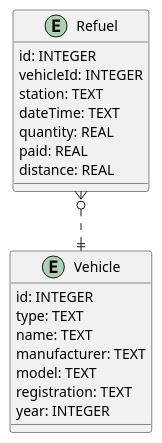
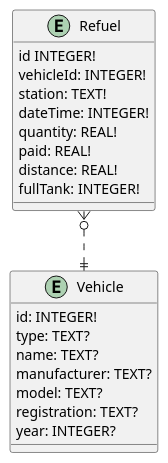
One commit to Dentsor/MotoLog changed the diagram in docs/diagrams/database.puml. Above: the diagram before and after it, drawn with PlantUML. The commit also changed 4 other files, not shown here.

First line of the commit message:
Implement full tank boolean for refuel

```diff
--- a/docs/diagrams/database.puml
+++ b/docs/diagrams/database.puml
@@ -1,30 +1,31 @@
 @startuml 'database_schema
 
 ' Zero or One:  |o--
 ' Exactly One:  ||--
 ' Zero or Many: }o--
 ' One or Many:  }|--
 
 entity Vehicle {
-  id: INTEGER
-  type: TEXT
-  name: TEXT
-  manufacturer: TEXT
-  model: TEXT
-  registration: TEXT
-  year: INTEGER
+  id: INTEGER!
+  type: TEXT?
+  name: TEXT?
+  manufacturer: TEXT?
+  model: TEXT?
+  registration: TEXT?
+  year: INTEGER?
 }
 
 entity Refuel {
-  id: INTEGER
-  vehicleId: INTEGER
-  station: TEXT
-  dateTime: TEXT
-  quantity: REAL
-  paid: REAL
-  distance: REAL
+  id INTEGER!
+  vehicleId: INTEGER!
+  station: TEXT!
+  dateTime: INTEGER!
+  quantity: REAL!
+  paid: REAL!
+  distance: REAL!
+  fullTank: INTEGER!
 }
 
 Refuel }o..|| Vehicle
 
 @enduml
```
